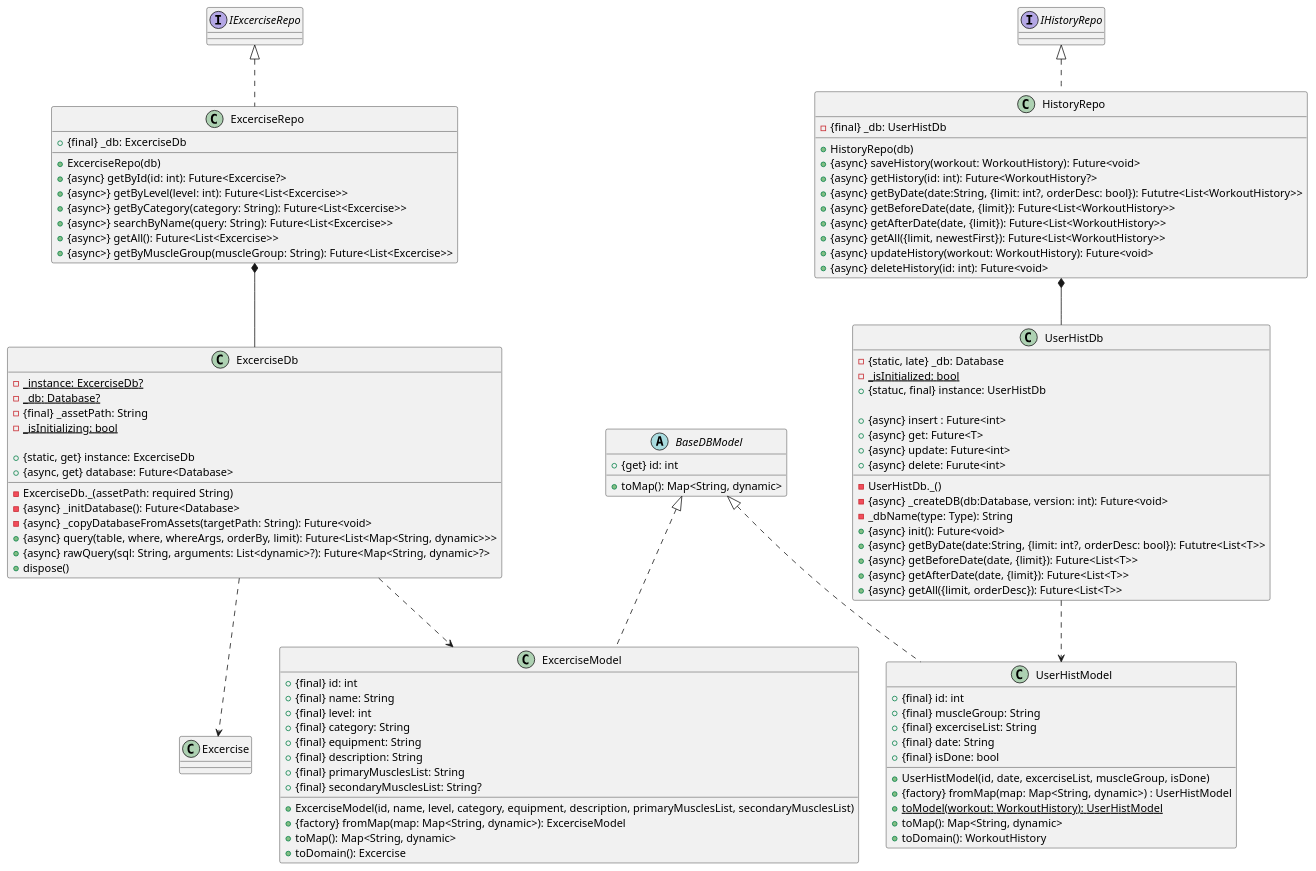
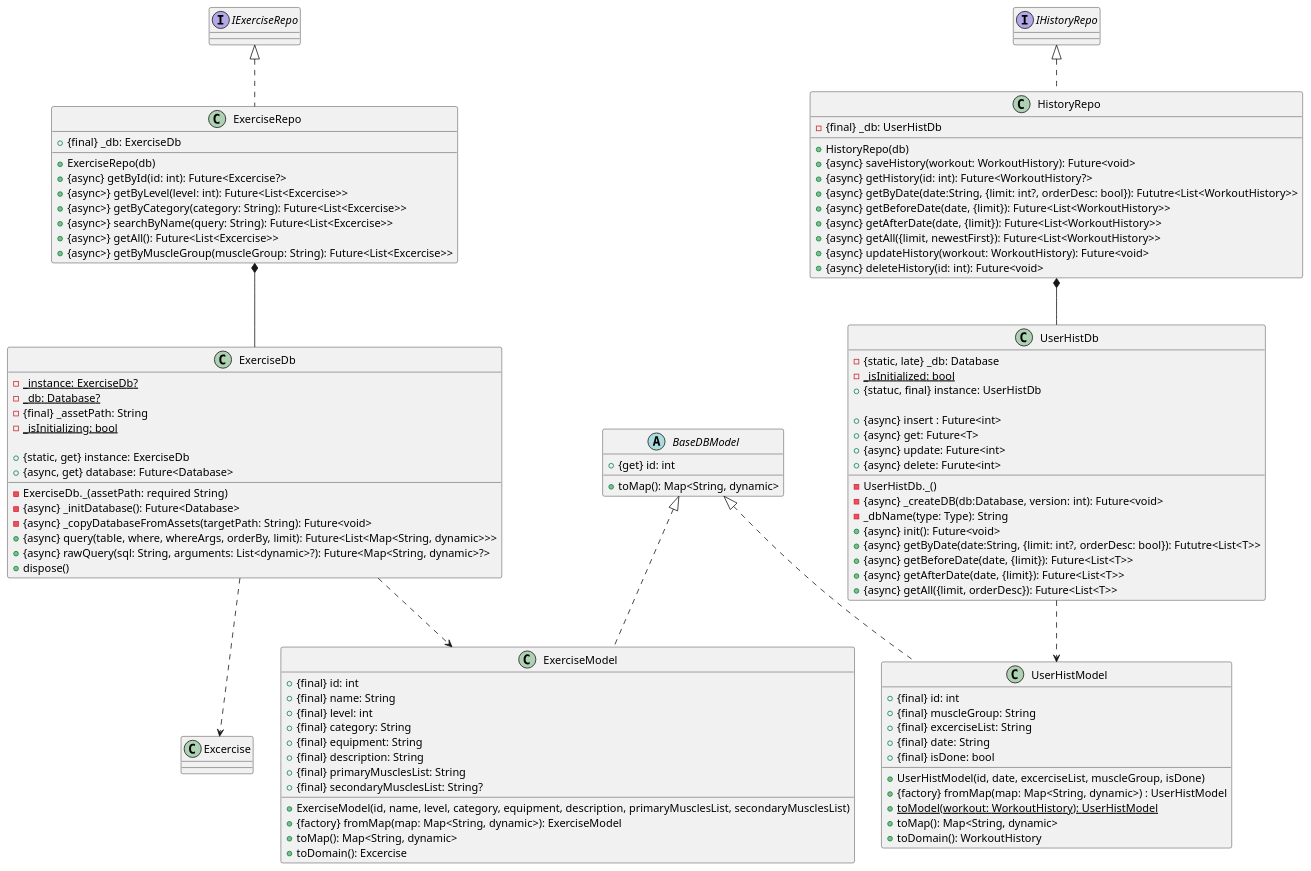
The diagram in user_db.puml (KATTSS/Workout_planner), drawn with PlantUML before and after one commit. The commit also changed 12 other files, not shown here.

```diff
--- a/user_db.puml
+++ b/user_db.puml
@@ -1,109 +1,109 @@
 @startuml User_DB
 
 class UserHistDb {
     - {static, late} _db: Database
     - {static} _isInitialized: bool
     + {statuc, final} instance: UserHistDb
 
     - UserHistDb._()
     - {async} _createDB(db:Database, version: int): Future<void>
     - _dbName(type: Type): String
     + {async} init(): Future<void>
     + {async} insert : Future<int>
     + {async} get: Future<T>
     + {async} getByDate(date:String, {limit: int?, orderDesc: bool}): Fututre<List<T>>
     + {async} getBeforeDate(date, {limit}): Future<List<T>>
     + {async} getAfterDate(date, {limit}): Future<List<T>>
     + {async} getAll({limit, orderDesc}): Future<List<T>>
     + {async} update: Future<int>
     + {async} delete: Furute<int>
 }
 
-class ExcerciseDb {
-    - {static} _instance: ExcerciseDb? 
+class ExerciseDb {
+    - {static} _instance: ExerciseDb? 
     - {static} _db: Database? 
     - {final} _assetPath: String 
     - {static} _isInitializing: bool 
 
-    + {static, get} instance: ExcerciseDb
+    + {static, get} instance: ExerciseDb
     + {async, get} database: Future<Database>
 
-    - ExcerciseDb._(assetPath: required String)
+    - ExerciseDb._(assetPath: required String)
     - {async} _initDatabase(): Future<Database> 
     - {async} _copyDatabaseFromAssets(targetPath: String): Future<void>
     + {async} query(table, where, whereArgs, orderBy, limit): Future<List<Map<String, dynamic>>>
     + {async} rawQuery(sql: String, arguments: List<dynamic>?): Future<Map<String, dynamic>?>
     + dispose()
 
 }
 
 UserHistDb ..> UserHistModel
-ExcerciseDb ..> ExcerciseModel 
-ExcerciseDb ..> Excercise
+ExerciseDb ..> ExerciseModel 
+ExerciseDb ..> Excercise
 
 abstract class BaseDBModel {
     + {get} id: int
 
     + toMap(): Map<String, dynamic>
 }
 
 class UserHistModel implements BaseDBModel {
     + {final} id: int
     + {final} muscleGroup: String
     + {final} excerciseList: String
     + {final} date: String
     + {final} isDone: bool
 
     + UserHistModel(id, date, excerciseList, muscleGroup, isDone)
     + {factory} fromMap(map: Map<String, dynamic>) : UserHistModel
     + {static} toModel(workout: WorkoutHistory): UserHistModel
     + toMap(): Map<String, dynamic>
     + toDomain(): WorkoutHistory
 }
 
-class ExcerciseModel implements BaseDBModel {
+class ExerciseModel implements BaseDBModel {
     + {final} id: int
     + {final} name: String
     + {final} level: int 
     + {final} category: String 
     + {final} equipment: String 
     + {final} description: String 
     + {final} primaryMusclesList: String 
     + {final} secondaryMusclesList: String? 
 
-    + ExcerciseModel(id, name, level, category, equipment, description, primaryMusclesList, secondaryMusclesList)
-    + {factory} fromMap(map: Map<String, dynamic>): ExcerciseModel
+    + ExerciseModel(id, name, level, category, equipment, description, primaryMusclesList, secondaryMusclesList)
+    + {factory} fromMap(map: Map<String, dynamic>): ExerciseModel
     + toMap(): Map<String, dynamic>
     + toDomain(): Excercise
 }
 
 
 class HistoryRepo implements IHistoryRepo {
     - {final} _db: UserHistDb
 
     + HistoryRepo(db)
     + {async} saveHistory(workout: WorkoutHistory): Future<void>
     + {async} getHistory(id: int): Future<WorkoutHistory?>
     + {async} getByDate(date:String, {limit: int?, orderDesc: bool}): Fututre<List<WorkoutHistory>>
     + {async} getBeforeDate(date, {limit}): Future<List<WorkoutHistory>>
     + {async} getAfterDate(date, {limit}): Future<List<WorkoutHistory>>
     + {async} getAll({limit, newestFirst}): Future<List<WorkoutHistory>>
     + {async} updateHistory(workout: WorkoutHistory): Future<void>
     + {async} deleteHistory(id: int): Future<void>
 }
 
-class ExcerciseRepo implements IExcerciseRepo {
-    + {final} _db: ExcerciseDb 
+class ExerciseRepo implements IExerciseRepo {
+    + {final} _db: ExerciseDb 
 
-    + ExcerciseRepo(db)
+    + ExerciseRepo(db)
     + {async} getById(id: int): Future<Excercise?>
     + {async>} getByLevel(level: int): Future<List<Excercise>>
     + {async>} getByCategory(category: String): Future<List<Excercise>>
     + {async>} searchByName(query: String): Future<List<Excercise>>
     + {async>} getAll(): Future<List<Excercise>>
     + {async>} getByMuscleGroup(muscleGroup: String): Future<List<Excercise>>
 }
 
 HistoryRepo *-- UserHistDb
-ExcerciseRepo *-- ExcerciseDb
+ExerciseRepo *-- ExerciseDb
 @enduml
```
